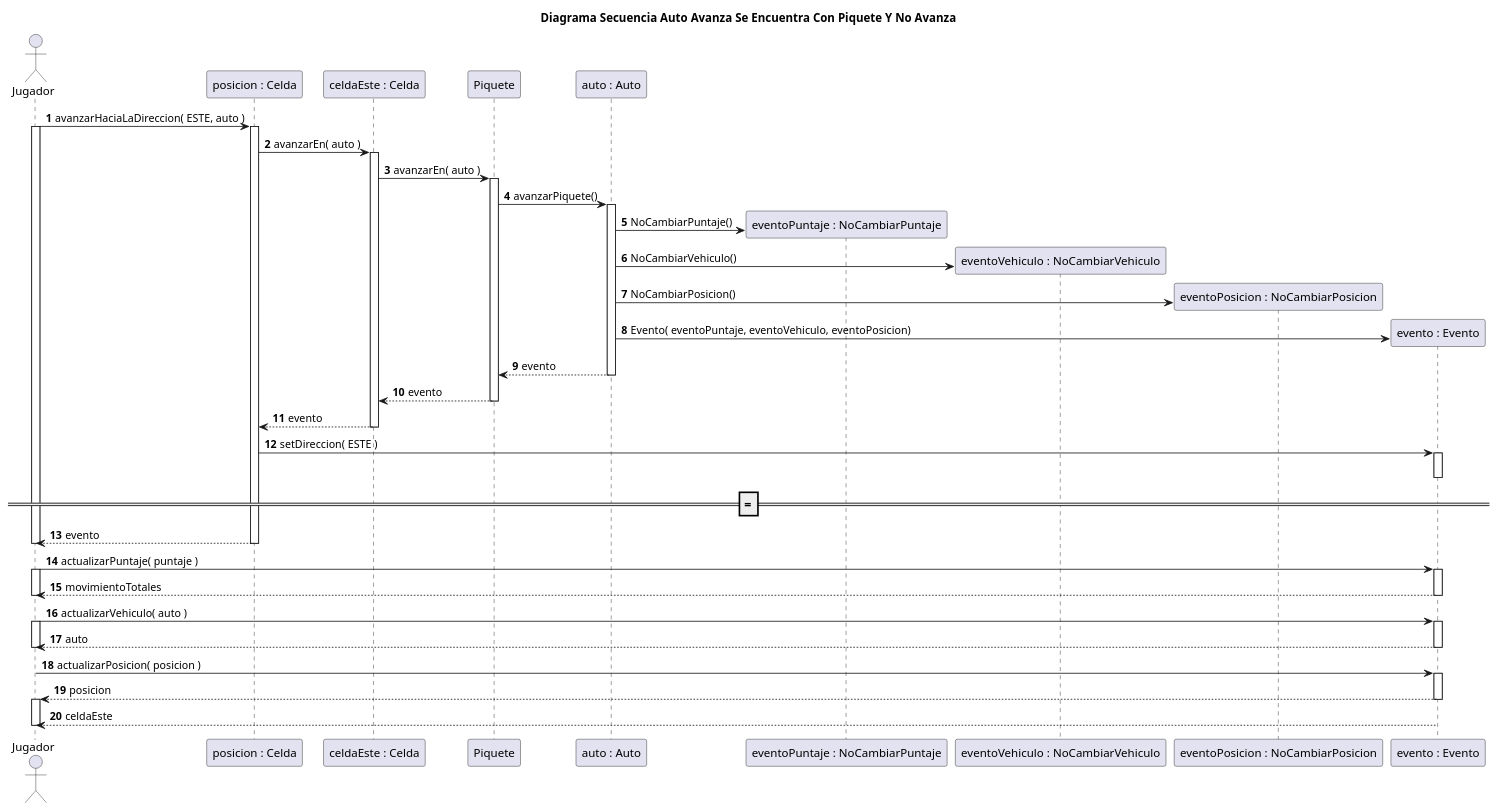
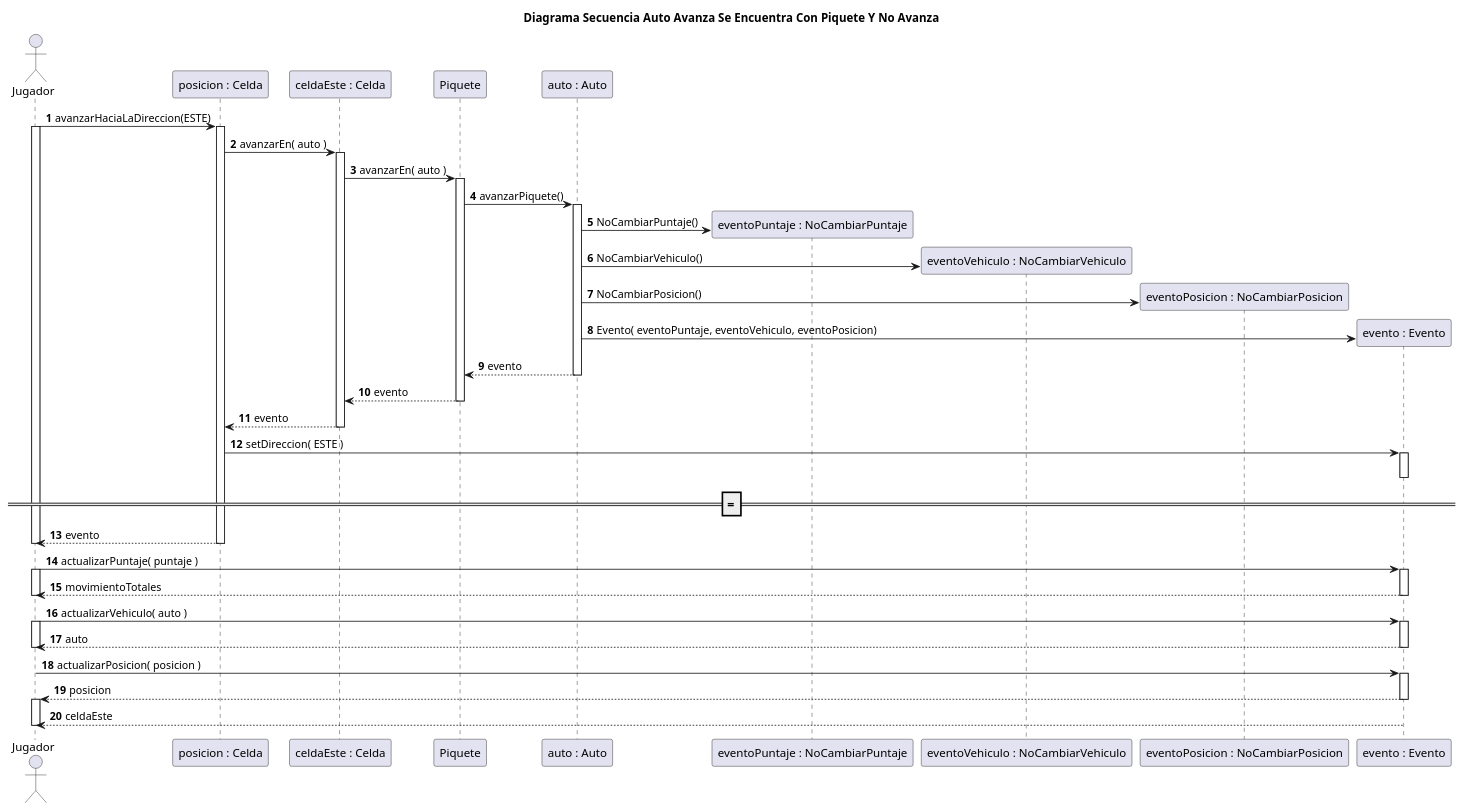
One commit to rodrigovzq/algo3_tp2 changed the diagram in diagrams/sequences/entrega1/actualizados/DiagramaSecuenciaCasoConPiqueteEnAuto.puml. Above: the diagram before and after it, drawn with PlantUML. The commit also changed 1 other file, not shown here.

Commit message:
Actualize diagrama

```diff
--- a/diagrams/sequences/entrega1/actualizados/DiagramaSecuenciaCasoConPiqueteEnAuto.puml
+++ b/diagrams/sequences/entrega1/actualizados/DiagramaSecuenciaCasoConPiqueteEnAuto.puml
@@ -1,64 +1,64 @@
 @startuml
 title Diagrama Secuencia Auto Avanza Se Encuentra Con Piquete Y No Avanza
 
 autonumber
 
 actor Jugador
 
-Jugador -> "posicion : Celda"++: avanzarHaciaLaDireccion( ESTE, auto )
+Jugador -> "posicion : Celda"++: avanzarHaciaLaDireccion(ESTE)
 
 activate Jugador
 "posicion : Celda" -> "celdaEste : Celda"++: avanzarEn( auto )
 
 
 "celdaEste : Celda" -> Piquete++: avanzarEn( auto )
 Piquete -> "auto : Auto"++: avanzarPiquete()
 
 create "eventoPuntaje : NoCambiarPuntaje"
 "auto : Auto" -> "eventoPuntaje : NoCambiarPuntaje": NoCambiarPuntaje()
 
 create "eventoVehiculo : NoCambiarVehiculo"
 "auto : Auto"  -> "eventoVehiculo : NoCambiarVehiculo": NoCambiarVehiculo()
 
 create "eventoPosicion : NoCambiarPosicion"
 "auto : Auto"  -> "eventoPosicion : NoCambiarPosicion": NoCambiarPosicion()
 
 create "evento : Evento"
 "auto : Auto"  -> "evento : Evento": Evento( eventoPuntaje, eventoVehiculo, eventoPosicion)
 
 "auto : Auto" --> Piquete: evento
 deactivate "auto : Auto"
 
 Piquete --> "celdaEste : Celda": evento
 
 deactivate Piquete
 "celdaEste : Celda" --> "posicion : Celda": evento
 deactivate "celdaEste : Celda"
 
 
 
 "posicion : Celda" -> "evento : Evento"++: setDireccion( ESTE )
 =======
 deactivate "evento : Evento"
 "posicion : Celda" --> Jugador--: evento
 deactivate Jugador
 
 
 Jugador -> "evento : Evento"++: actualizarPuntaje( puntaje )
 activate Jugador
 Jugador <-- "evento : Evento"--: movimientoTotales
 deactivate Jugador
 
 Jugador -> "evento : Evento"++: actualizarVehiculo( auto )
 activate Jugador
 Jugador <-- "evento : Evento"--: auto
 deactivate Jugador
 
 Jugador -> "evento : Evento"++: actualizarPosicion( posicion )
 Jugador <-- "evento : Evento"--: posicion
 
 activate Jugador
 Jugador <-- "evento : Evento"--: celdaEste
 deactivate Jugador
 
 @enduml
```
